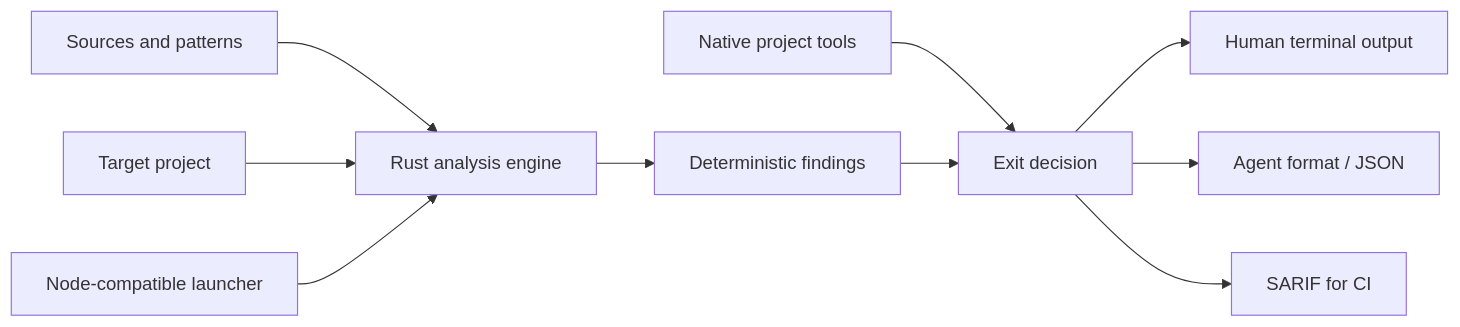
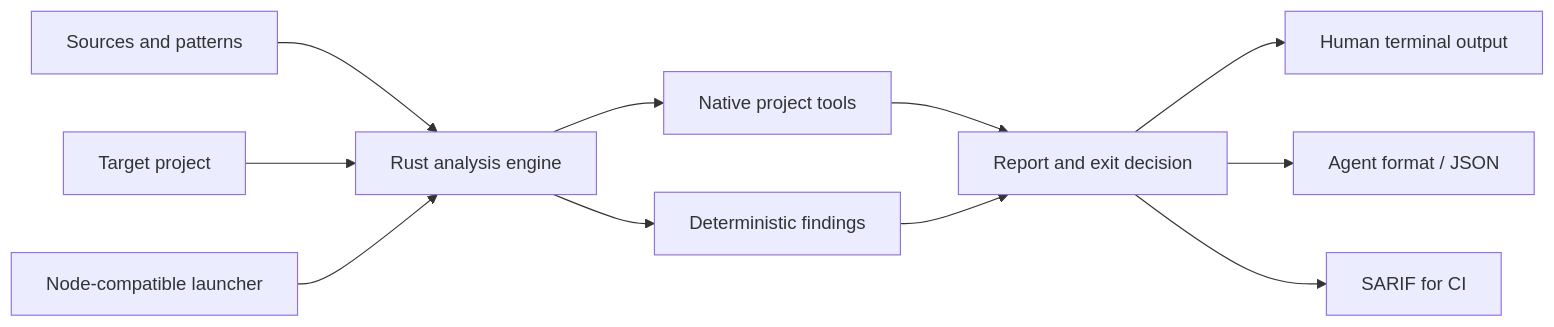
One commit to sayanmohsin/nice-code changed the diagram in docs/architecture.md. Above: the diagram before and after it, drawn with Mermaid. The commit also changed other lines of this file and 2 other files, not shown here.

Commit message:
docs: simplify readme and fix architecture

````diff
--- a/docs/architecture.md
+++ b/docs/architecture.md
@@ -7,12 +7,13 @@
 ```mermaid
 flowchart LR
     Guidance[Sources and patterns] --> Engine[Rust analysis engine]
     Project[Target project] --> Engine
     Engine --> Findings[Deterministic findings]
-    Native[Native project tools] --> Decision[Exit decision]
-    Findings --> Decision
+    Engine --> Native[Native project tools]
+    Native --> Reports[Report and exit decision]
+    Findings --> Reports
     Launcher[Node-compatible launcher] --> Engine
-    Decision --> Text[Human terminal output]
-    Decision --> Agent[Agent format / JSON]
-    Decision --> Sarif[SARIF for CI]
+    Reports --> Text[Human terminal output]
+    Reports --> Agent[Agent format / JSON]
+    Reports --> Sarif[SARIF for CI]
 ```
````
